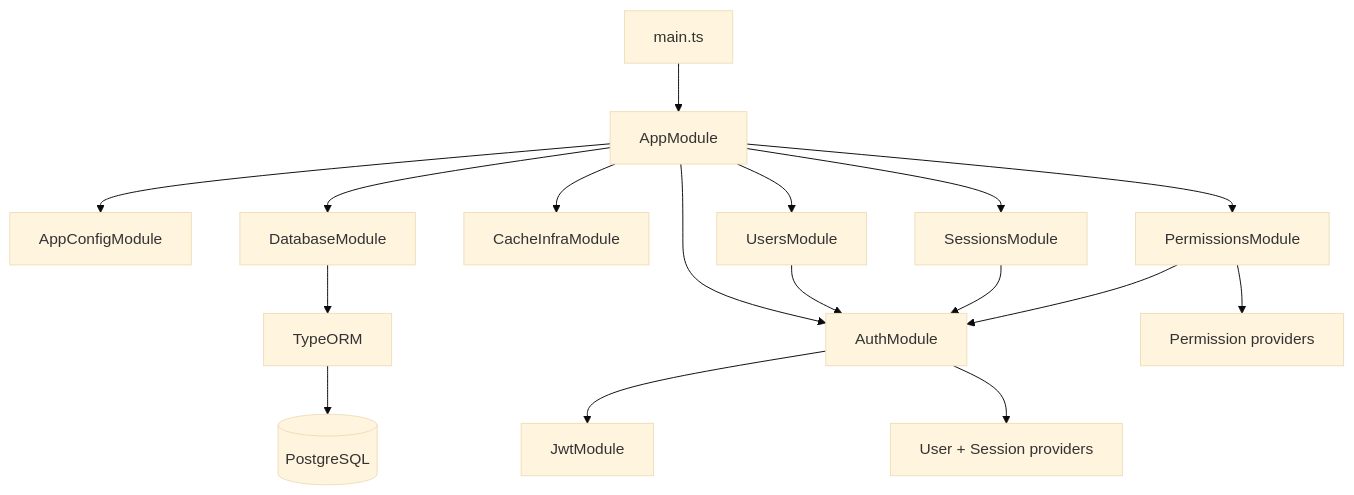
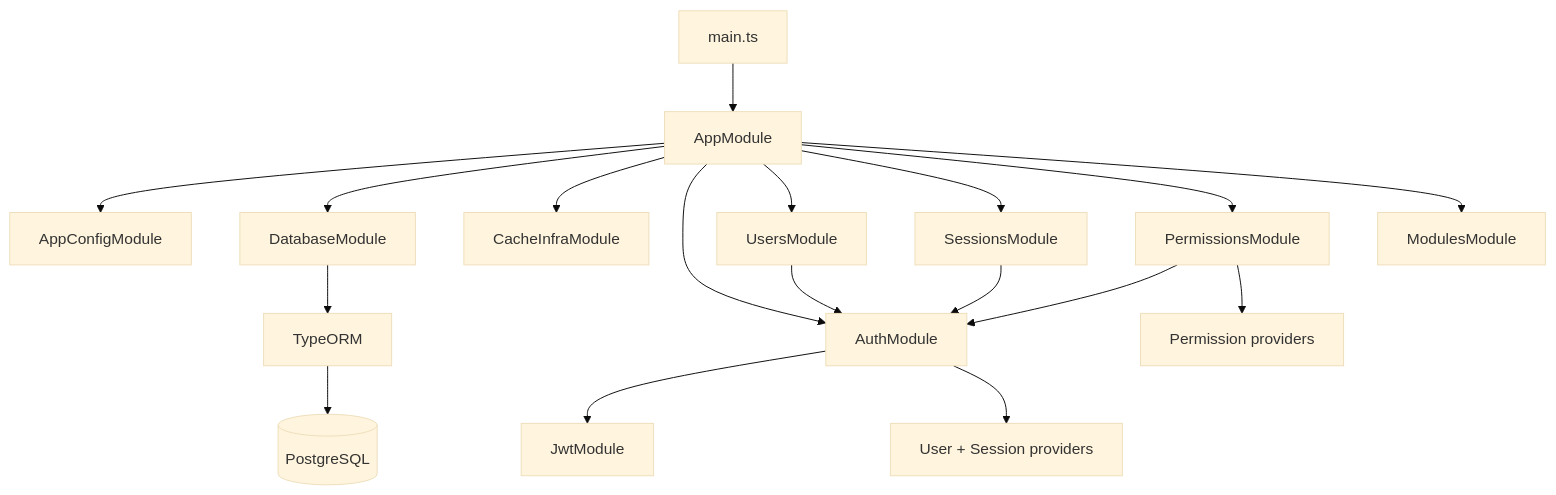
Before and after one commit to GustavoSF643/todo-list.api: the second of 4 diagrams in docs/diagrams/architecture.md, drawn with Mermaid (base theme). The commit also changed other lines of this file and 3 other files, not shown here.

First line of the commit message:
docs: update README and diagrams to include module and permission-module details

````diff
--- a/docs/diagrams/architecture.md
+++ b/docs/diagrams/architecture.md
@@ -23,22 +29,23 @@
 ```mermaid
 flowchart TD
   Main[main.ts] --> AppModule[AppModule]
   AppModule --> ConfigModule[AppConfigModule]
   AppModule --> DatabaseModule[DatabaseModule]
   AppModule --> CacheModule[CacheInfraModule]
   AppModule --> AuthModule[AuthModule]
   AppModule --> UsersModule[UsersModule]
   AppModule --> SessionsModule[SessionsModule]
   AppModule --> PermissionsModule[PermissionsModule]
+  AppModule --> ModulesModule[ModulesModule]
 
   UsersModule --> AuthModule
   SessionsModule --> AuthModule
   PermissionsModule --> AuthModule
 
   AuthModule --> JwtModule[JwtModule]
   AuthModule --> UserProviders[User + Session providers]
   PermissionsModule --> PermissionProviders[Permission providers]
 
   DatabaseModule --> TypeORM[TypeORM]
   TypeORM --> Postgres[(PostgreSQL)]
 ```
````
